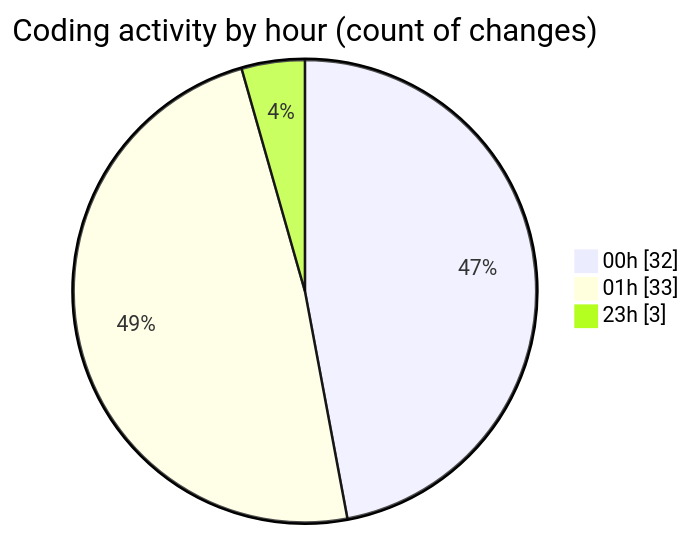
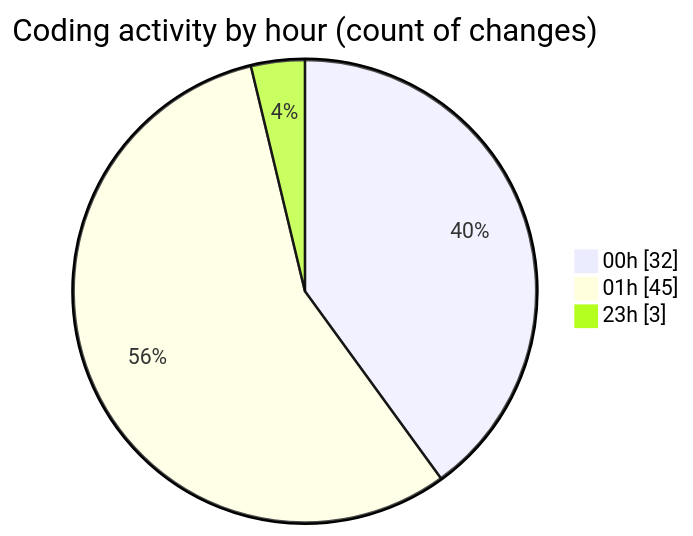
One commit to lephambinh05/code-tracking changed the second of 2 diagrams in 2025-07-28/quanlyrapchieuphim-1/README.md. Above: the diagram before and after it, drawn with Mermaid. The commit also changed other lines of this file and 1 other file, not shown here.

````diff
--- a/2025-07-28/quanlyrapchieuphim-1/README.md
+++ b/2025-07-28/quanlyrapchieuphim-1/README.md
@@ -44,7 +48,7 @@
 ```mermaid
 pie showData
 title Coding activity by hour (count of changes)
 "00h" : 32
-"01h" : 33
+"01h" : 45
 "23h" : 3
 ```
````
